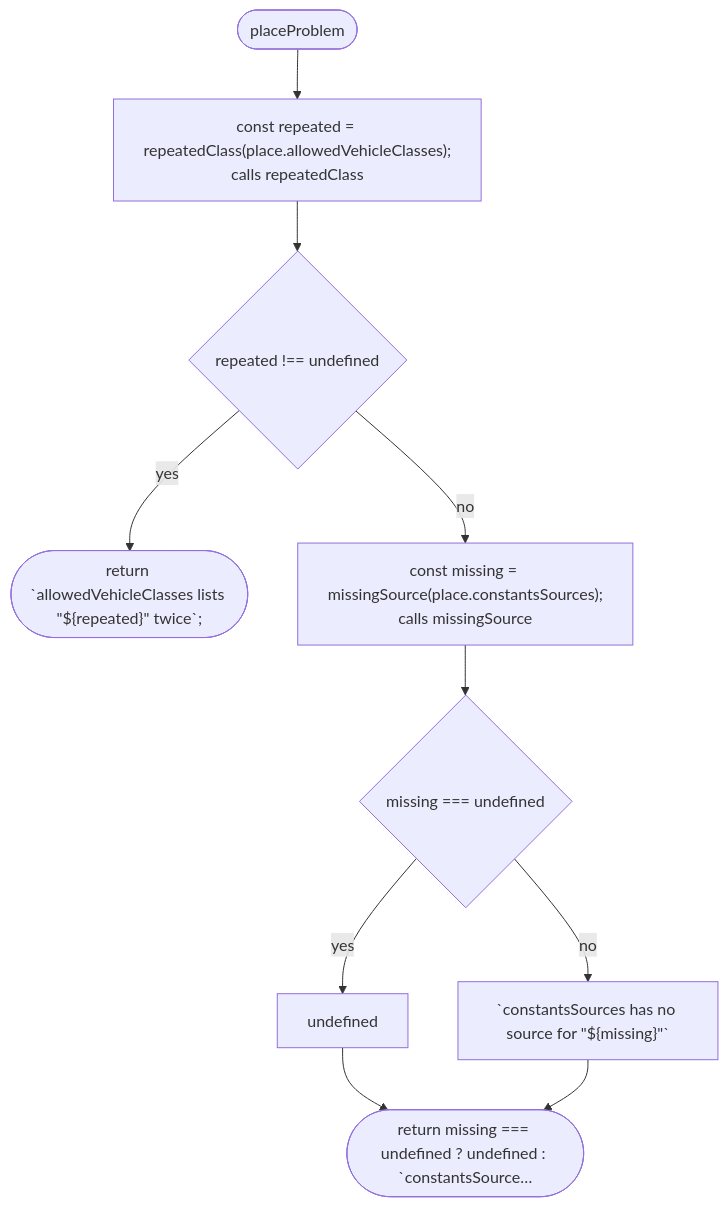
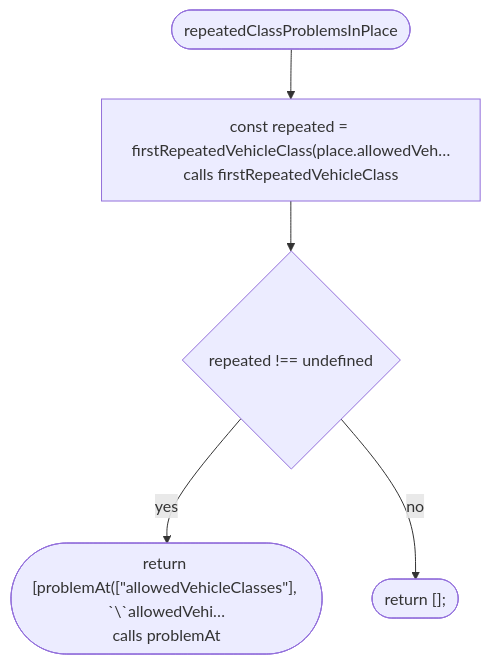
Before and after one commit to NewDara-Star/world-engine: the fourth of 5 diagrams in docs/flows/src/place/place.md, drawn with Mermaid. The commit also changed other lines of this file and 18 other files, not shown here.

````diff
--- a/docs/flows/src/place/place.md
+++ b/docs/flows/src/place/place.md
@@ -25,21 +44,12 @@
 ```mermaid
 flowchart TD
-  n1(["placeProblem"])
-  n2["const repeated = repeatedClass(place.allowedVehicleClasses);<br/>calls repeatedClass"]
+  n1(["repeatedClassProblemsInPlace"])
+  n2["const repeated = firstRepeatedVehicleClass(place.allowedVeh…<br/>calls firstRepeatedVehicleClass"]
   n3{"repeated !== undefined"}
-  n4(["return #96;allowedVehicleClasses lists #quot;${repeated}#quot; twice#96;;"])
-  n5["const missing = missingSource(place.constantsSources);<br/>calls missingSource"]
-  n6{"missing === undefined"}
-  n7["undefined"]
-  n8["#96;constantsSources has no source for #quot;${missing}#quot;#96;"]
-  n9(["return missing === undefined ? undefined : #96;constantsSource…"])
+  n4(["return [problemAt([#quot;allowedVehicleClasses#quot;], #96;\#96;allowedVehi…<br/>calls problemAt"])
+  n5(["return [];"])
   n1 --> n2
   n2 --> n3
   n3 -->|"yes"| n4
   n3 -->|"no"| n5
-  n5 --> n6
-  n6 -->|"yes"| n7
-  n6 -->|"no"| n8
-  n7 --> n9
-  n8 --> n9
 ```
````
